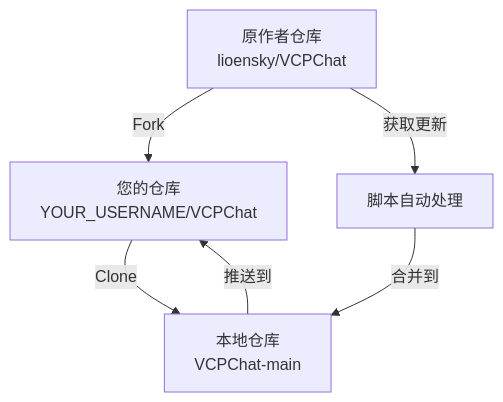
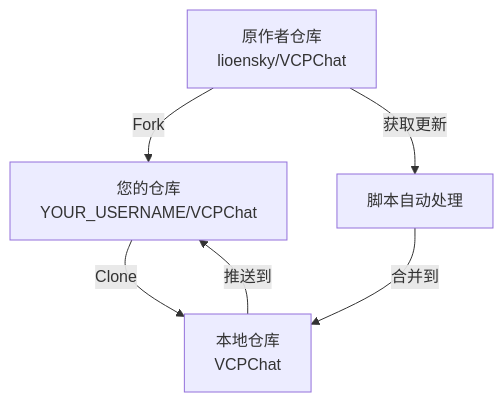
Before and after one commit to Francia-CN/VCP-Auto-Update-Tool: the second of 2 diagrams in README.md, drawn with Mermaid. The commit also changed other lines of this file, not shown here.

````diff
--- a/README.md
+++ b/README.md
@@ -421,8 +403,8 @@
 ```mermaid
 graph TD
     A[原作者仓库<br/>lioensky/VCPChat] -->|Fork| B[您的仓库<br/>YOUR_USERNAME/VCPChat]
-    B -->|Clone| C[本地仓库<br/>VCPChat-main]
+    B -->|Clone| C[本地仓库<br/>VCPChat]
     A -->|获取更新| D[脚本自动处理]
     D -->|合并到| C
     C -->|推送到| B
 ```
````
